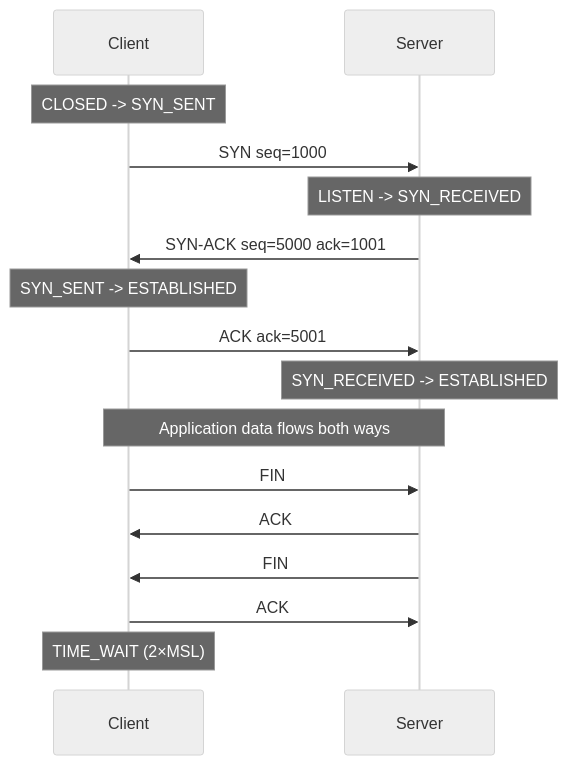
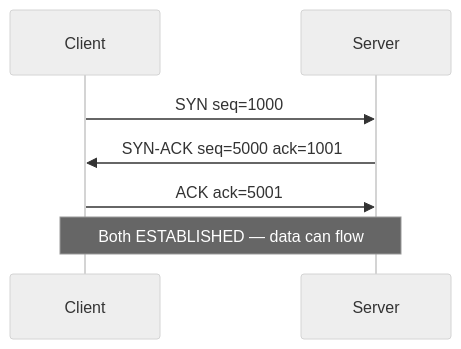
The fourth of 26 diagrams in 01-networking/README.md (hareramcse/SystemDesign), drawn with Mermaid (neutral theme) before and after one commit. The commit also changed other lines of this file, not shown here.

````diff
--- a/01-networking/README.md
+++ b/01-networking/README.md
@@ -267,18 +268,9 @@
 ```mermaid
 sequenceDiagram
     participant C as Client
     participant S as Server
-    Note over C: CLOSED -> SYN_SENT
     C->>S: SYN seq=1000
-    Note over S: LISTEN -> SYN_RECEIVED
     S->>C: SYN-ACK seq=5000 ack=1001
-    Note over C: SYN_SENT -> ESTABLISHED
     C->>S: ACK ack=5001
-    Note over S: SYN_RECEIVED -> ESTABLISHED
-    Note over C,S: Application data flows both ways
-    C->>S: FIN
-    S->>C: ACK
-    S->>C: FIN
-    C->>S: ACK
-    Note over C: TIME_WAIT (2×MSL)
+    Note over C,S: Both ESTABLISHED — data can flow
 ```
````
